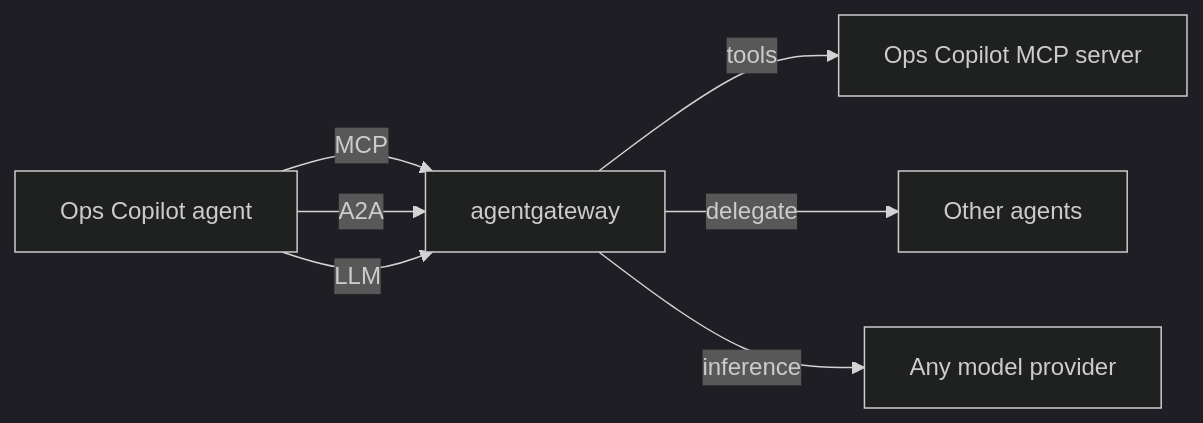
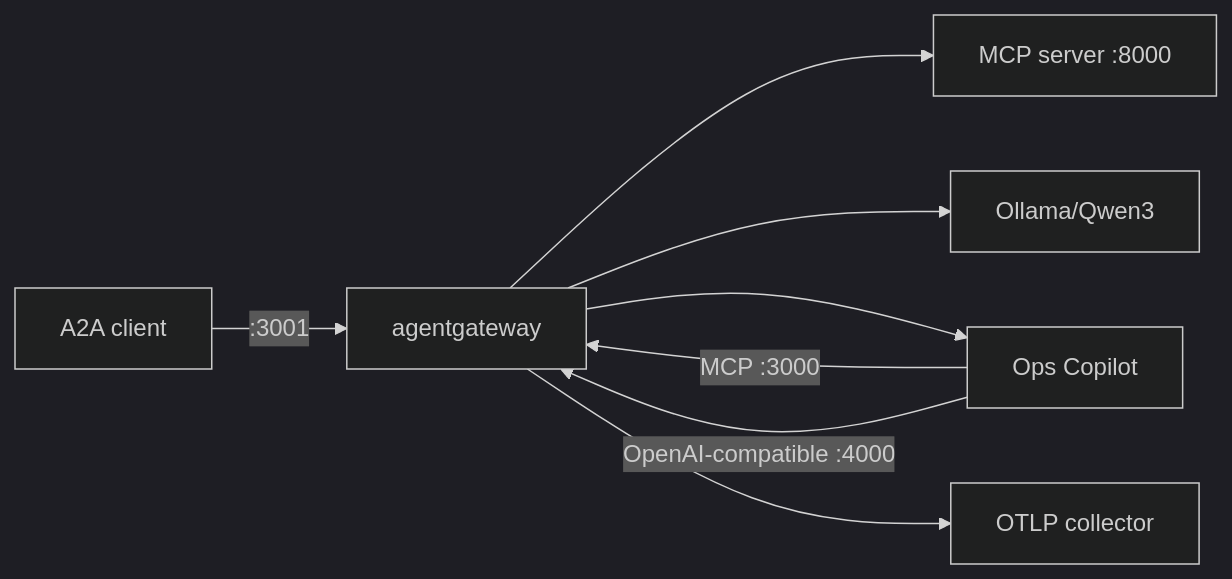
Before and after one commit to MLOps-Courses/agentops-open-course: the diagram in docs/5. Gateway/5.0. Gateway.md, drawn with Mermaid (dark theme). The commit also changed other lines of this file and 258 other files, not shown here.

Commit message:
feat(course): implement production-grade AgentOps curriculum

````diff
--- a/docs/5. Gateway/5.0. Gateway.md
+++ b/docs/5. Gateway/5.0. Gateway.md
@@ -44,9 +11,10 @@
 ```mermaid
 flowchart LR
-    Agent[Ops Copilot agent] -->|MCP| GW[agentgateway]
-    Agent -->|A2A| GW
-    Agent -->|LLM| GW
-    GW -->|tools| MCP[Ops Copilot MCP server]
-    GW -->|delegate| A2A[Other agents]
-    GW -->|inference| LLM[Any model provider]
+    Client[A2A client] -->|:3001| Gateway[agentgateway]
+    Agent[Ops Copilot] -->|MCP :3000| Gateway
+    Agent -->|OpenAI-compatible :4000| Gateway
+    Gateway --> MCP[MCP server :8000]
+    Gateway --> Ollama[Ollama/Qwen3]
+    Gateway --> Agent
+    Gateway --> OTel[OTLP collector]
 ```
````
